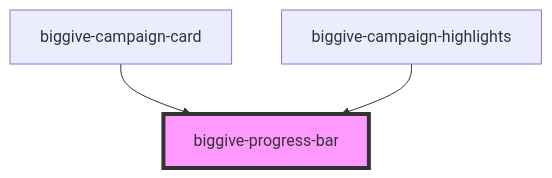
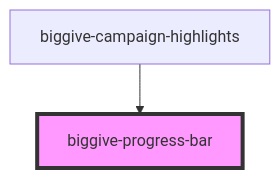
Before and after one commit to thebiggive/donate-frontend: the diagram in src/components/biggive-progress-bar/readme.md, drawn with Mermaid. The commit also changed other lines of this file and 7 other files, not shown here.

Commit message:
DON-630 temp remove button and progress bar from campaign cards, v1.0.124

````diff
--- a/src/components/biggive-progress-bar/readme.md
+++ b/src/components/biggive-progress-bar/readme.md
@@ -25,6 +24,5 @@
 ```mermaid
 graph TD;
-  biggive-campaign-card --> biggive-progress-bar
   biggive-campaign-highlights --> biggive-progress-bar
   style biggive-progress-bar fill:#f9f,stroke:#333,stroke-width:4px
 ```
````
